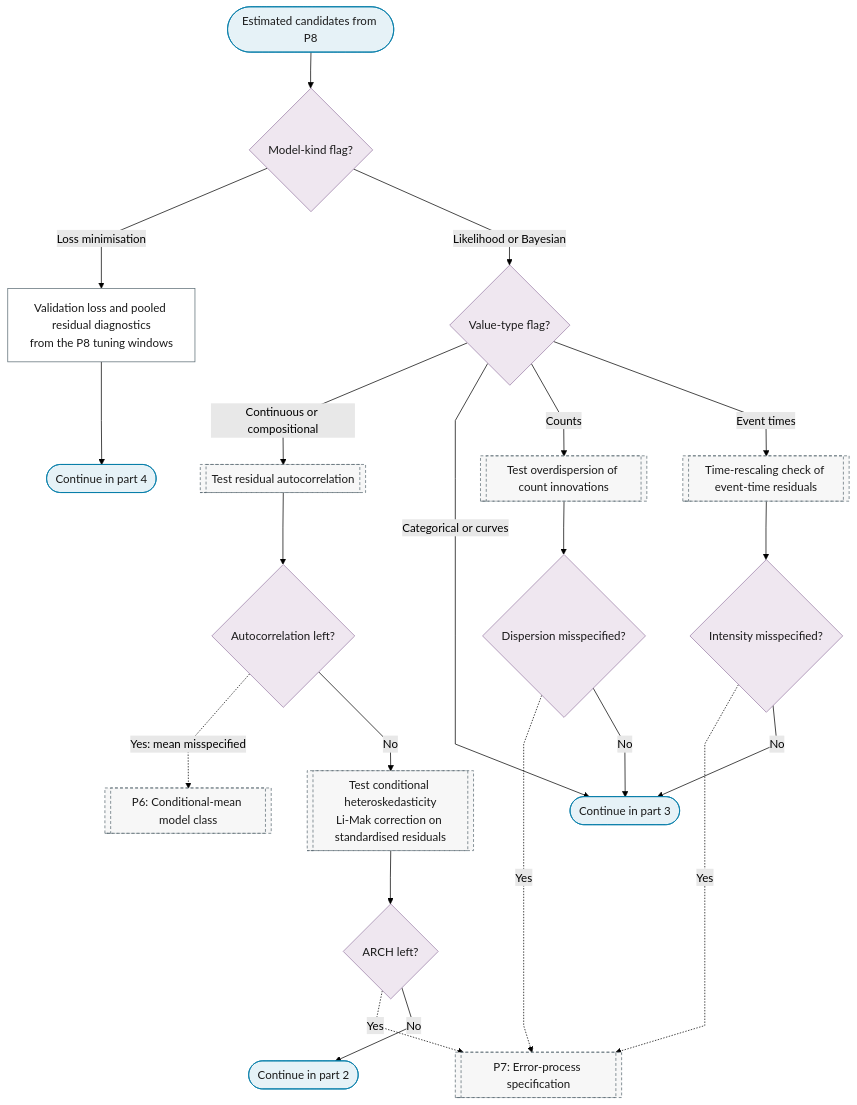
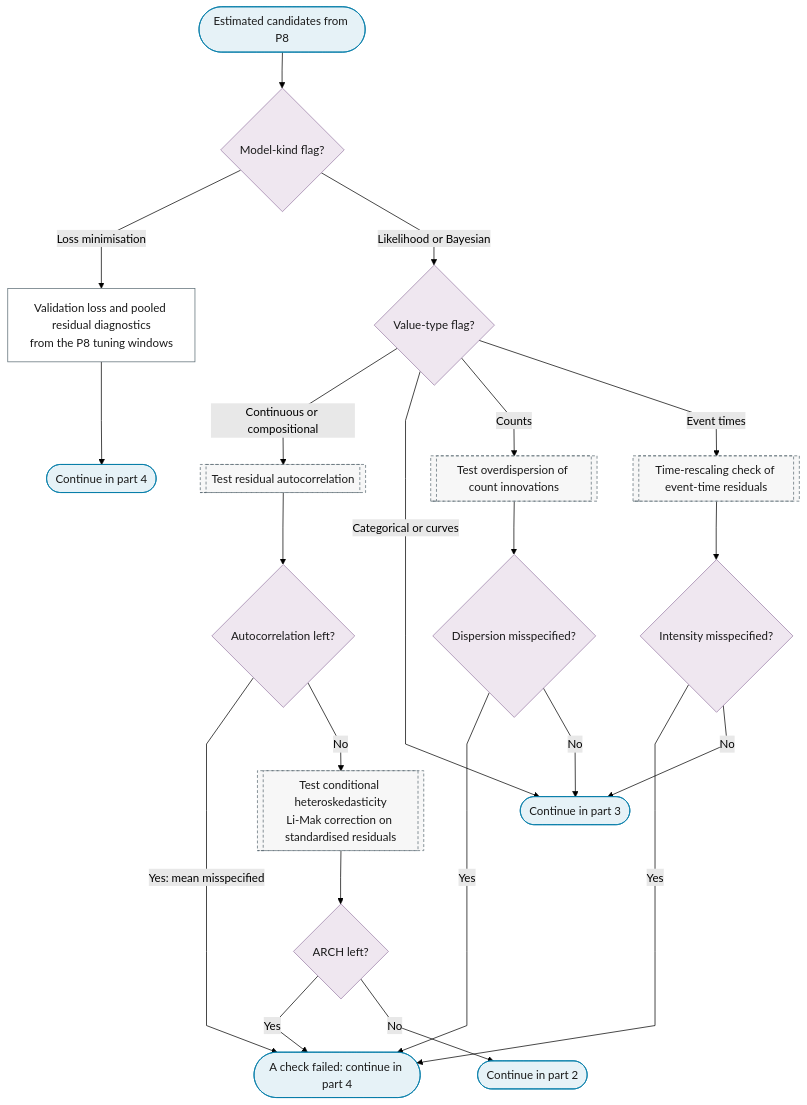
The first of 4 diagrams in docs/01-workflow/p09-in-sample-diagnostics.md (Shuxin-Y/time-series-analysis-manual), drawn with Mermaid (forest theme) before and after one commit. The commit also changed other lines of this file and 5 other files, not shown here.

````diff
--- a/docs/01-workflow/p09-in-sample-diagnostics.md
+++ b/docs/01-workflow/p09-in-sample-diagnostics.md
@@ -13,36 +13,36 @@
 ```mermaid
 %%{init: {"flowchart": {"curve": "linear"}}}%%
 graph TD
     P9_IN(["Estimated candidates from P8"]) --> P9_KIND{"Model-kind flag?"}
     P9_KIND -->|"Loss minimisation"| P9_LEARNER_DIAGNOSTICS["Validation loss and pooled residual diagnostics<br/>from the P8 tuning windows"]
     P9_KIND -->|"Likelihood or Bayesian"| P9_TYPE{"Value-type flag?"}
     P9_LEARNER_DIAGNOSTICS --> P9_LEARNER_TO_PART_4(["Continue in part 4"])
     P9_TYPE -->|"Continuous or compositional"| P7_MEAN_TESTS[["Test residual autocorrelation"]]
     P9_TYPE -->|"Categorical or curves"| P9_COUNTS_TO_PART_3
     P9_TYPE -->|"Counts"| P7_COUNT_TESTS[["Test overdispersion of count innovations"]]
     P9_TYPE -->|"Event times"| P7_RESCALING[["Time-rescaling check of event-time residuals"]]
     P7_MEAN_TESTS --> P9_AC{"Autocorrelation left?"}
-    P9_AC -.->|"Yes: mean misspecified"| P6[["P6: Conditional-mean model class"]]
+    P9_AC -->|"Yes: mean misspecified"| P9_PART_1_FAIL(["A check failed: continue in part 4"])
     P9_AC -->|"No"| P7_VAR_TESTS[["Test conditional heteroskedasticity<br/>Li-Mak correction on standardised residuals"]]
     P7_VAR_TESTS --> P9_ARCH{"ARCH left?"}
-    P9_ARCH -.->|"Yes"| P7[["P7: Error-process specification"]]
+    P9_ARCH -->|"Yes"| P9_PART_1_FAIL
     P9_ARCH -->|"No"| P9_TO_PART_2(["Continue in part 2"])
     P7_COUNT_TESTS --> P9_COUNT{"Dispersion misspecified?"}
-    P9_COUNT -.->|"Yes"| P7
+    P9_COUNT -->|"Yes"| P9_PART_1_FAIL
     P9_COUNT -->|"No"| P9_COUNTS_TO_PART_3
     P7_RESCALING --> P9_INTENSITY{"Intensity misspecified?"}
-    P9_INTENSITY -.->|"Yes"| P7
+    P9_INTENSITY -->|"Yes"| P9_PART_1_FAIL
     P9_INTENSITY -->|"No"| P9_COUNTS_TO_PART_3(["Continue in part 3"])
-    class P9_IN,P9_LEARNER_TO_PART_4,P9_TO_PART_2,P9_COUNTS_TO_PART_3 terminator
+    class P9_IN,P9_LEARNER_TO_PART_4,P9_TO_PART_2,P9_COUNTS_TO_PART_3,P9_PART_1_FAIL terminator
     class P9_KIND,P9_TYPE,P9_AC,P9_ARCH,P9_COUNT,P9_INTENSITY decision
     class P9_LEARNER_DIAGNOSTICS process
-    class P7_MEAN_TESTS,P7_COUNT_TESTS,P7_RESCALING,P6,P7_VAR_TESTS,P7 ref
+    class P7_MEAN_TESTS,P7_COUNT_TESTS,P7_RESCALING,P7_VAR_TESTS ref
     classDef terminator fill:#E6F2F7,stroke:#007BA7,color:#1A1A1A;
     classDef process fill:#FFFFFF,stroke:#5A6B73,color:#1A1A1A;
     classDef decision fill:#EFE7F0,stroke:#9B7FA7,color:#1A1A1A;
     classDef data fill:#FFF4E0,stroke:#C9A55E,color:#1A1A1A;
     classDef good fill:#DCEFD8,stroke:#4A7A3F,color:#1A1A1A;
     classDef escalate fill:#FFE9C2,stroke:#C9A55E,color:#1A1A1A;
     classDef problem fill:#F2D9DE,stroke:#800020,color:#1A1A1A;
     classDef ref fill:#F7F7F7,stroke:#5A6B73,color:#1A1A1A,stroke-dasharray:4 3;
 ```
````
